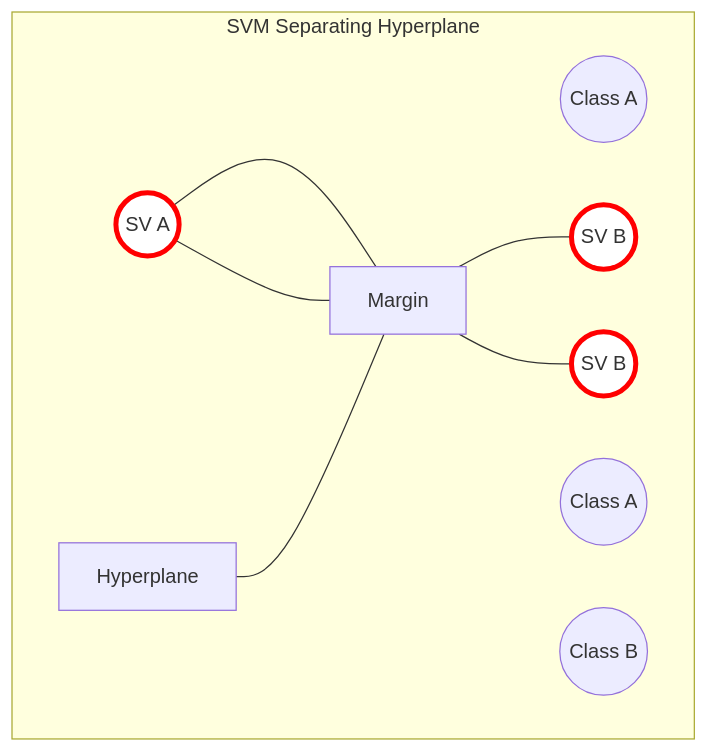
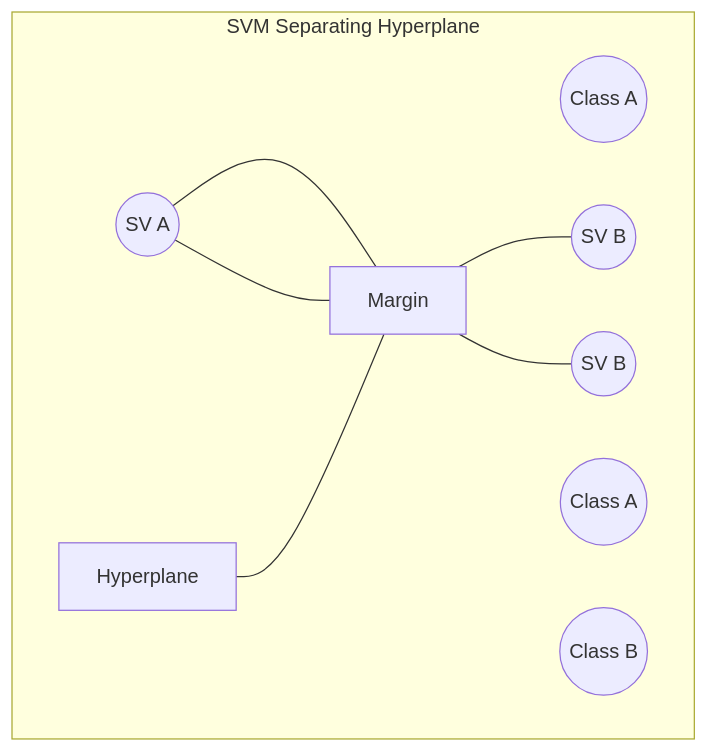
Before and after one commit to antonprafanto/dasarAI2026: the seventh of 10 diagrams in bab-06-klasifikasi.md, drawn with Mermaid. The commit also changed other lines of this file and 4 other files, not shown here.

Commit message:
Fix: Remove classDef styling and fix KNN diagram labels

````diff
--- a/bab-06-klasifikasi.md
+++ b/bab-06-klasifikasi.md
@@ -506,21 +505,19 @@
 ```mermaid
 graph TD
     subgraph SVM_Space [SVM Separating Hyperplane]
 
     C1((Class A))
     C2((Class A))
     SV1((SV A)):::sv
 
     SV2((SV B)):::sv
     SV3((SV B)):::sv
     C3((Class B))
 
     SV1 --- Margin --- SV2
     SV1 --- Margin --- SV3
 
     Hyperplane[Hyperplane] --- Margin
 
     end
-
-    classDef sv stroke:#ff0000,stroke-width:4px,fill:#fff;
 ```
````
